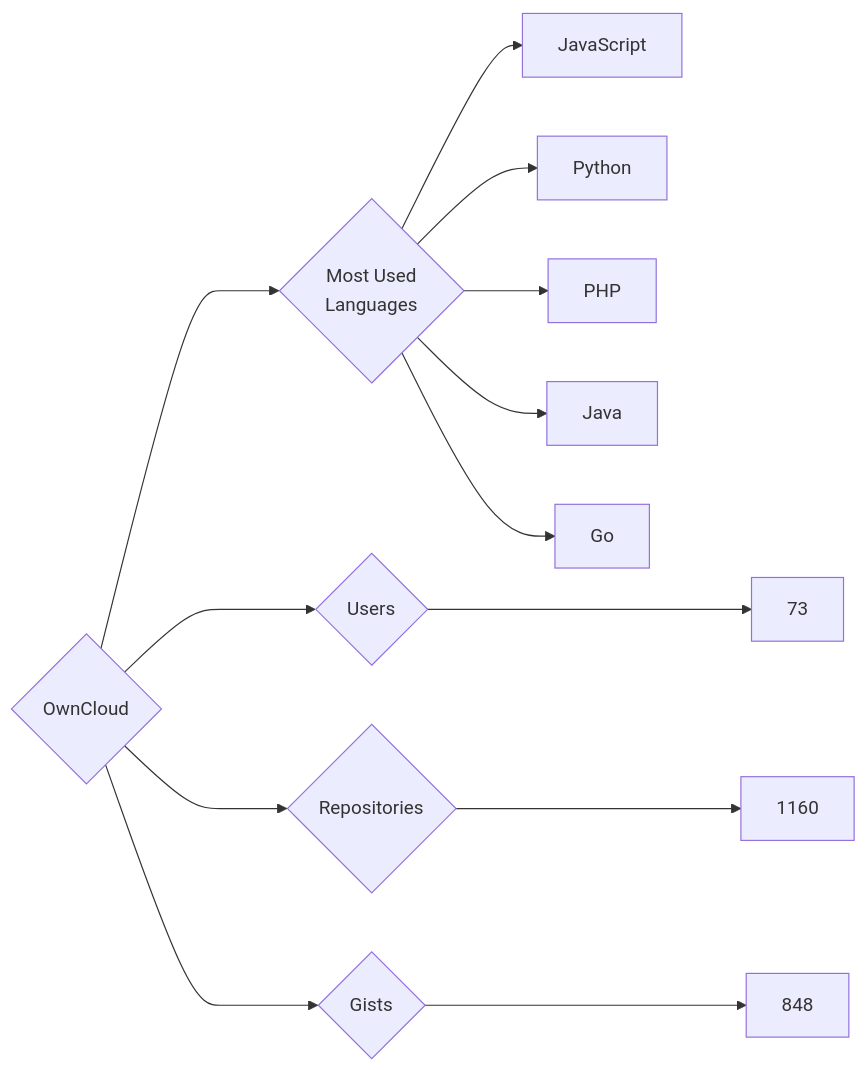
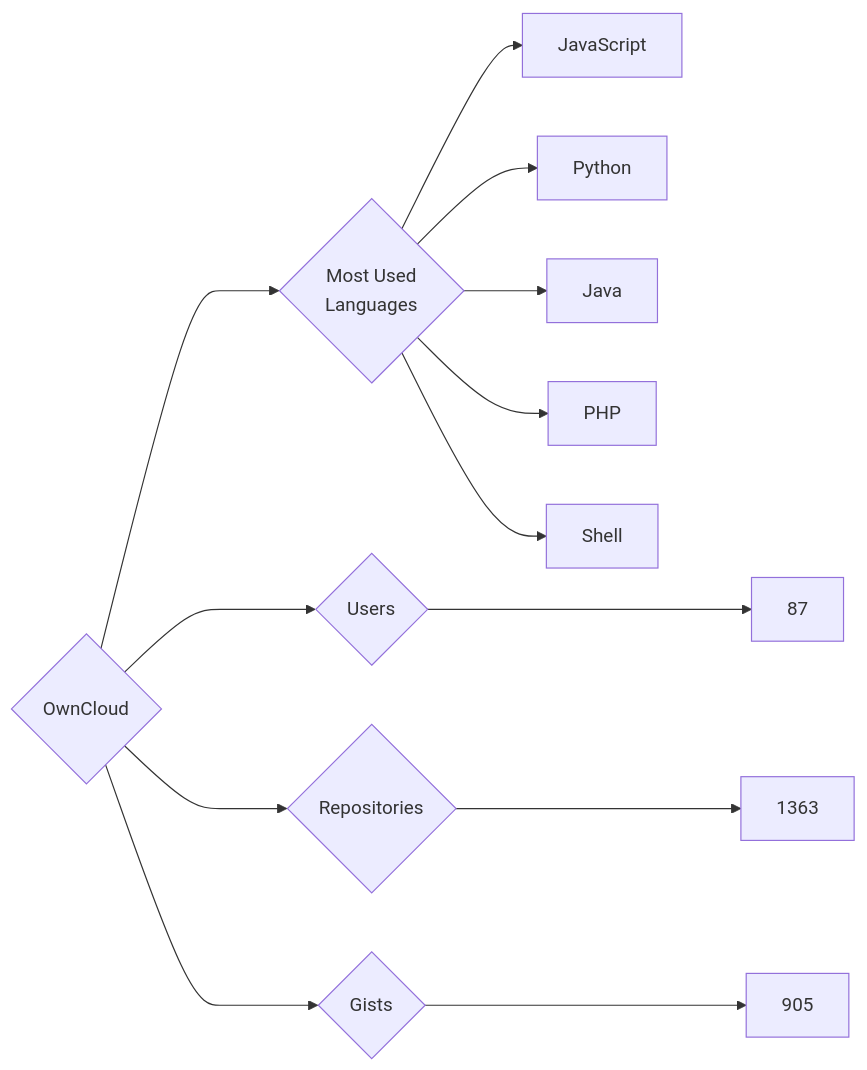
The diagram in targets/OwnCloud/README.md (trickest/insiders), drawn with Mermaid before and after one commit. The commit also changed 799 other files, not shown here.

````diff
--- a/targets/OwnCloud/README.md
+++ b/targets/OwnCloud/README.md
@@ -3,13 +3,13 @@
 ```mermaid
 graph LR
 COMPANY_NAME{OwnCloud}
-COMPANY_NAME ---> U{Users} ---> UN[73]
-COMPANY_NAME ---> R{Repositories} ---> RN[1160]
-COMPANY_NAME ---> G{Gists} ---> GN[848]
+COMPANY_NAME ---> U{Users} ---> UN[87]
+COMPANY_NAME ---> R{Repositories} ---> RN[1363]
+COMPANY_NAME ---> G{Gists} ---> GN[905]
 COMPANY_NAME ---> ML{Most Used<br>Languages}
 ML --> JavaScript[JavaScript]
 ML --> Python[Python]
+ML --> Java[Java]
 ML --> PHP[PHP]
-ML --> Java[Java]
-ML --> Go[Go]
+ML --> Shell[Shell]
 ```
````
